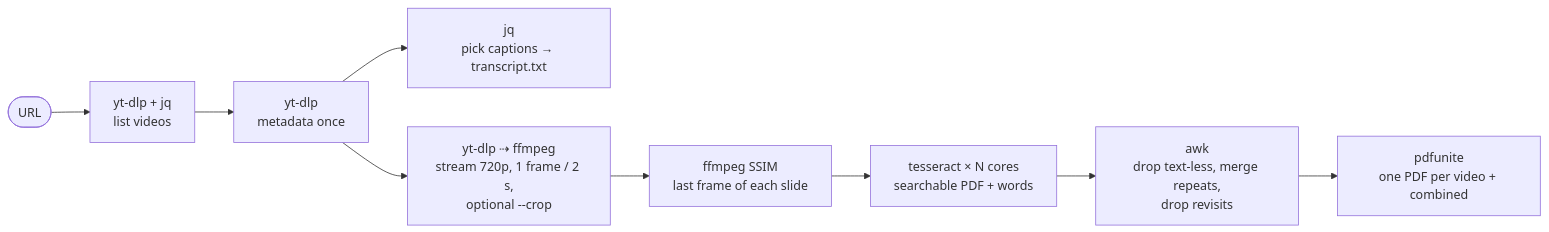
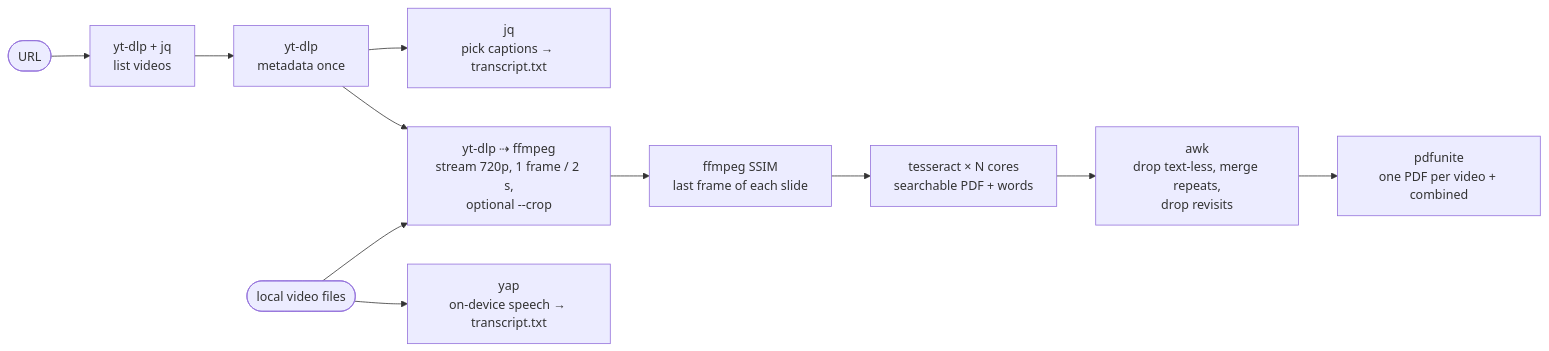
One commit to jcxk/video2info changed the diagram in README.md. Above: the diagram before and after it, drawn with Mermaid. The commit also changed other lines of this file and 5 other files, not shown here.

First line of the commit message:
feat: local video files, rename to videoToSlides

````diff
--- a/README.md
+++ b/README.md
@@ -10,11 +10,13 @@
 ```mermaid
 flowchart LR
     U([URL]) --> E[yt-dlp + jq<br/>list videos]
     E --> M[yt-dlp<br/>metadata once]
     M --> T[jq<br/>pick captions → transcript.txt]
     M --> S[yt-dlp ⇢ ffmpeg<br/>stream 720p, 1 frame / 2 s,<br/>optional --crop]
+    F([local video files]) --> Y[yap<br/>on-device speech → transcript.txt]
+    F --> S
     S --> X[ffmpeg SSIM<br/>last frame of each slide]
     X --> O[tesseract × N cores<br/>searchable PDF + words]
     O --> W[awk<br/>drop text-less, merge repeats,<br/>drop revisits]
     W --> P[pdfunite<br/>one PDF per video + combined]
 ```
````
